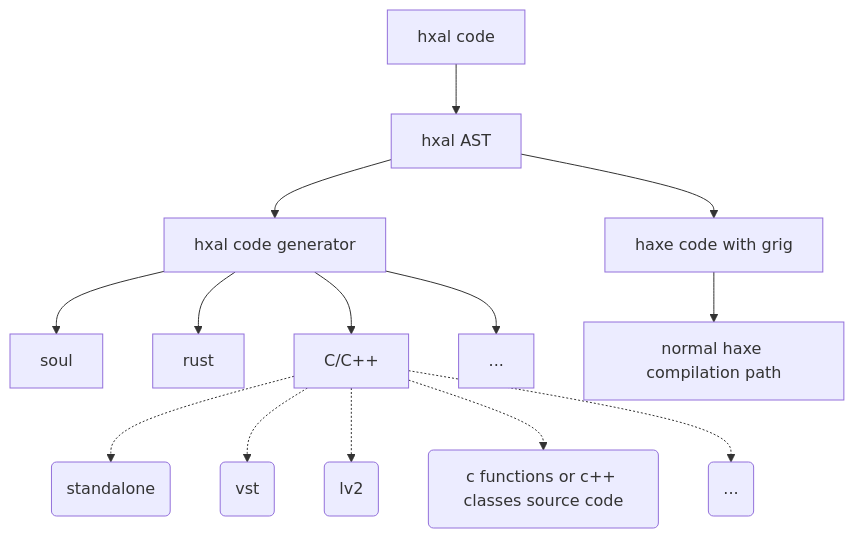
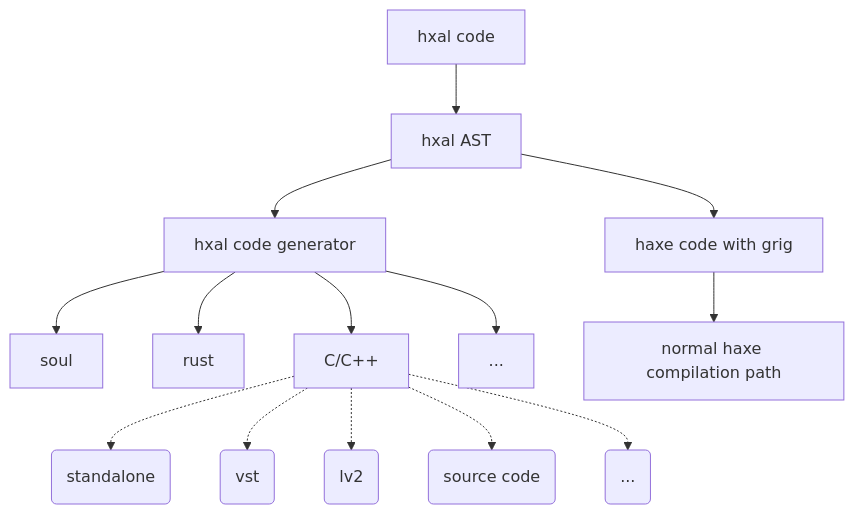
The diagram in README.md (osakared/grig.hxal), drawn with Mermaid before and after one commit. The commit also changed other lines of this file, not shown here.

Commit message:
Some minor wording changes

````diff
--- a/README.md
+++ b/README.md
@@ -26,16 +27,16 @@
 ```mermaid
 graph TD;
     code[hxal code]-->ast[hxal AST]
     ast-->haxe[haxe code with grig]
     ast-->codegen[hxal code generator]
     codegen-->soul
     codegen-->rust
     codegen-->cpp[C/C++]
     codegen-->dotdot[...]
     cpp-.->standalone(standalone)
     cpp-.->vst(vst)
     cpp-.->lv2(lv2)
-    cpp-.->plain(c functions or c++ classes source code)
+    cpp-.->plain(source code)
     cpp-.->dotdotdot(...)
     haxe-->std[normal haxe compilation path]
 ```
````
